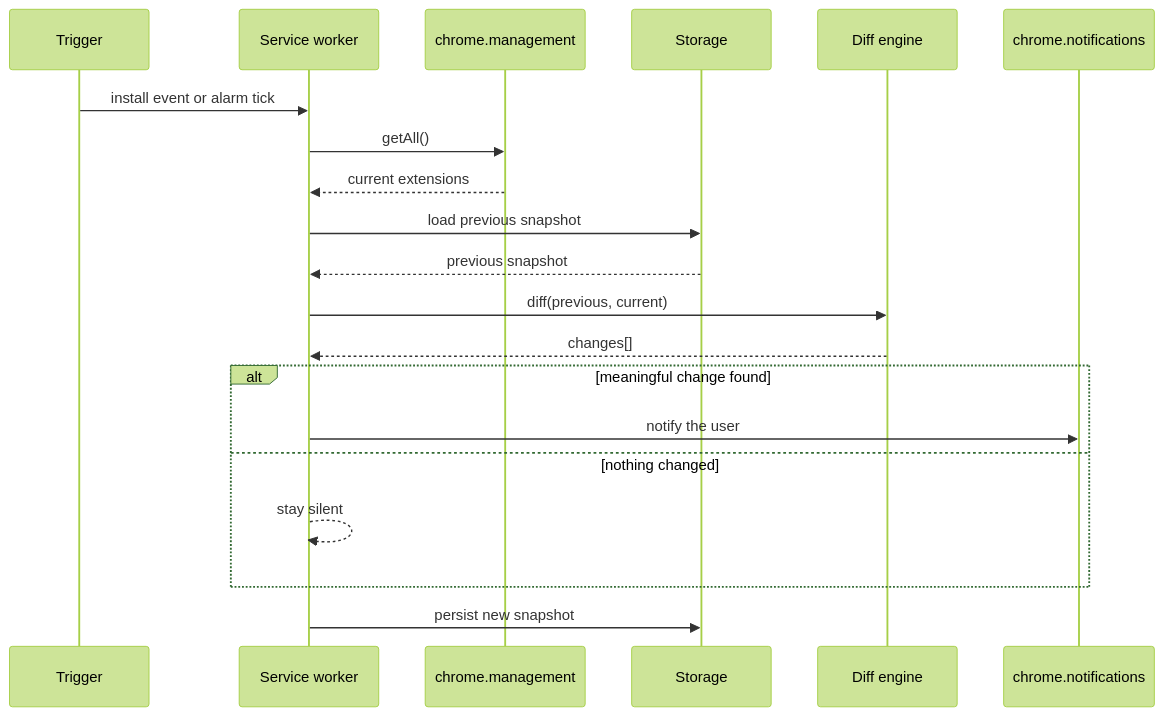
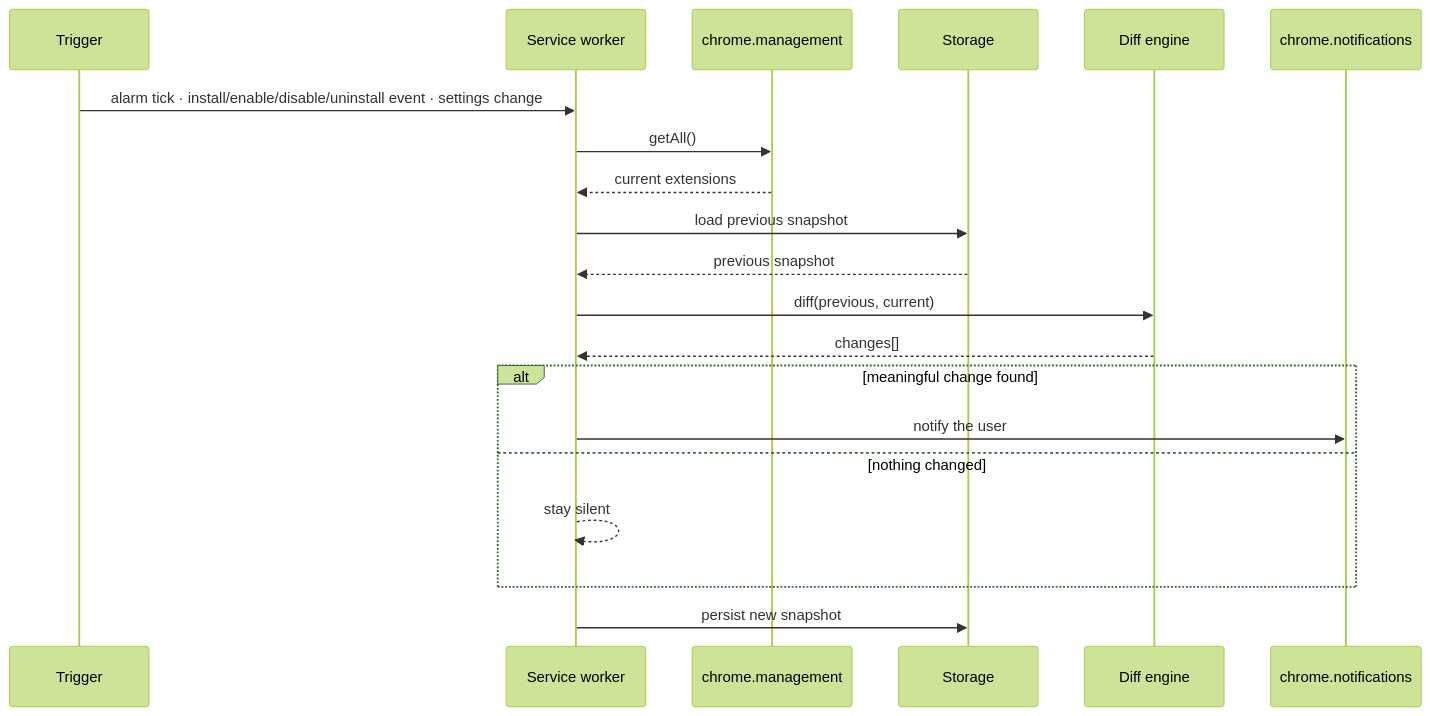
Before and after one commit to junnythemarksman/Ext-Ray: the fourth of 6 diagrams in README.md, drawn with Mermaid (forest theme). The commit also changed other lines of this file and 1 other file, not shown here.

````diff
--- a/README.md
+++ b/README.md
@@ -139,23 +149,23 @@
 ```mermaid
 sequenceDiagram
     participant Trig as Trigger
     participant SW as Service worker
     participant Mgmt as chrome.management
     participant Store as Storage
     participant Diff as Diff engine
     participant Notif as chrome.notifications
 
-    Trig->>SW: install event or alarm tick
+    Trig->>SW: alarm tick · install/enable/disable/uninstall event · settings change
     SW->>Mgmt: getAll()
     Mgmt-->>SW: current extensions
     SW->>Store: load previous snapshot
     Store-->>SW: previous snapshot
     SW->>Diff: diff(previous, current)
     Diff-->>SW: changes[]
     alt meaningful change found
         SW->>Notif: notify the user
     else nothing changed
         SW-->>SW: stay silent
     end
     SW->>Store: persist new snapshot
 ```
````
